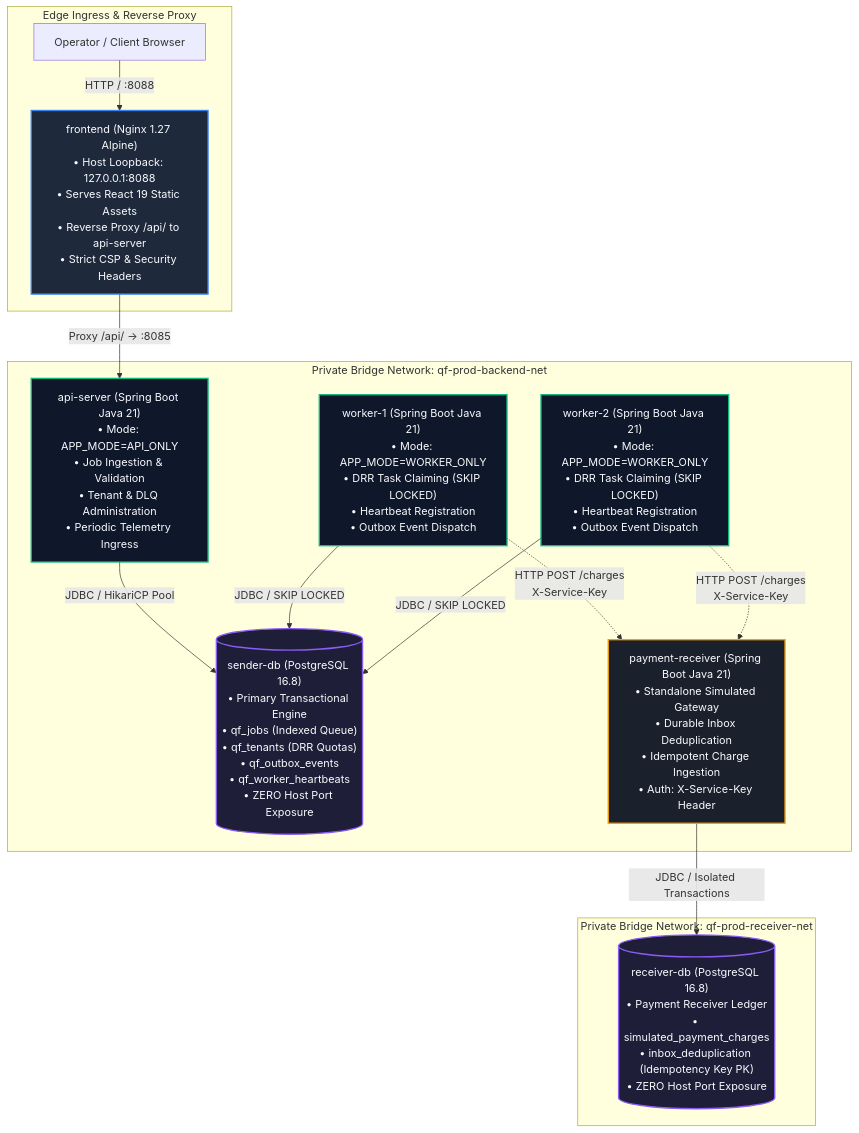
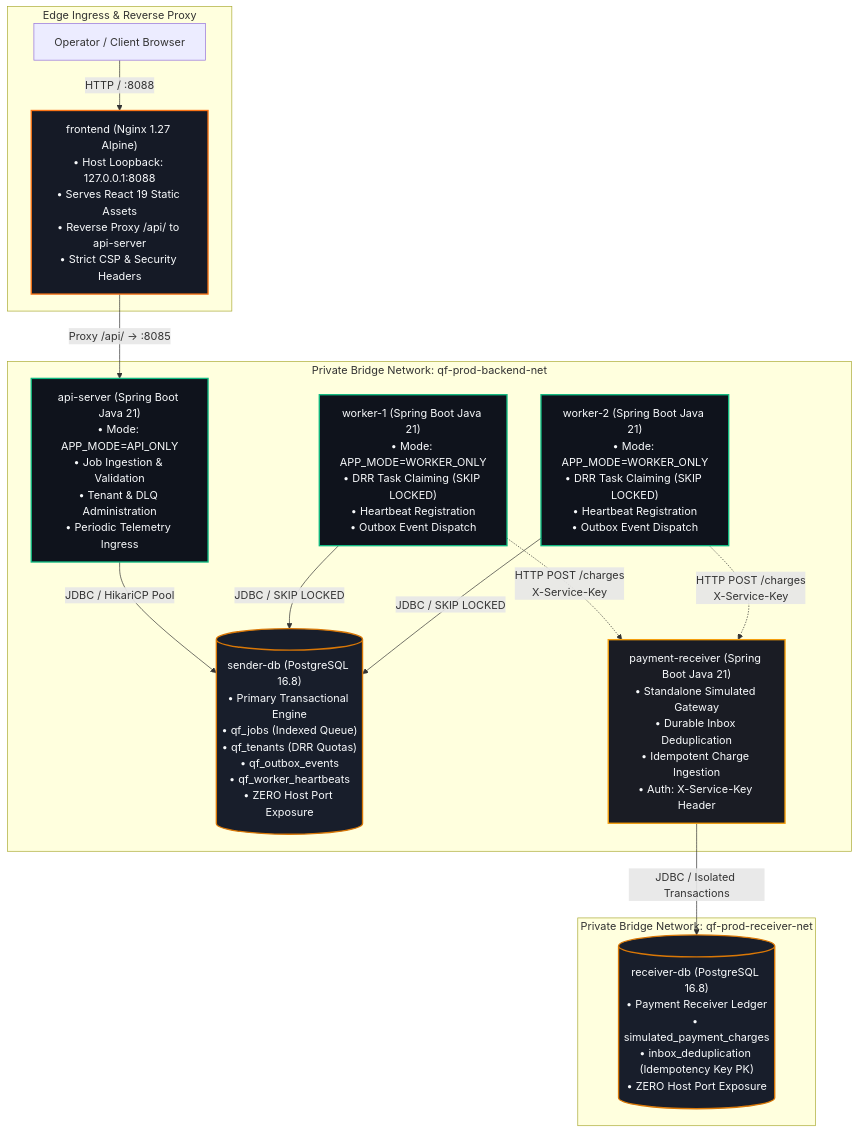
The first of 3 diagrams in README.md (saipranav22-commits/queueforge), drawn with Mermaid before and after one commit. The commit also changed other lines of this file and 27 other files, not shown here.

````diff
--- a/README.md
+++ b/README.md
@@ -83,42 +97,42 @@
 ```mermaid
 flowchart TD
     subgraph Ingress ["Edge Ingress & Reverse Proxy"]
         Operator["Operator / Client Browser"]
         NginxProxy["frontend (Nginx 1.27 Alpine)<br/>• Host Loopback: 127.0.0.1:8088<br/>• Serves React 19 Static Assets<br/>• Reverse Proxy /api/ to api-server<br/>• Strict CSP & Security Headers"]
         Operator -->|HTTP / :8088| NginxProxy
     end
 
     subgraph BackendNetwork ["Private Bridge Network: qf-prod-backend-net"]
         ApiServer["api-server (Spring Boot Java 21)<br/>• Mode: APP_MODE=API_ONLY<br/>• Job Ingestion & Validation<br/>• Tenant & DLQ Administration<br/>• Periodic Telemetry Ingress"]
         
         Worker1["worker-1 (Spring Boot Java 21)<br/>• Mode: APP_MODE=WORKER_ONLY<br/>• DRR Task Claiming (SKIP LOCKED)<br/>• Heartbeat Registration<br/>• Outbox Event Dispatch"]
         
         Worker2["worker-2 (Spring Boot Java 21)<br/>• Mode: APP_MODE=WORKER_ONLY<br/>• DRR Task Claiming (SKIP LOCKED)<br/>• Heartbeat Registration<br/>• Outbox Event Dispatch"]
 
         SenderDB[("sender-db (PostgreSQL 16.8)<br/>• Primary Transactional Engine<br/>• qf_jobs (Indexed Queue)<br/>• qf_tenants (DRR Quotas)<br/>• qf_outbox_events<br/>• qf_worker_heartbeats<br/>• ZERO Host Port Exposure")]
 
         PaymentReceiver["payment-receiver (Spring Boot Java 21)<br/>• Standalone Simulated Gateway<br/>• Durable Inbox Deduplication<br/>• Idempotent Charge Ingestion<br/>• Auth: X-Service-Key Header"]
     end
 
     subgraph ReceiverNetwork ["Private Bridge Network: qf-prod-receiver-net"]
         ReceiverDB[("receiver-db (PostgreSQL 16.8)<br/>• Payment Receiver Ledger<br/>• simulated_payment_charges<br/>• inbox_deduplication (Idempotency Key PK)<br/>• ZERO Host Port Exposure")]
     end
 
     NginxProxy -->|Proxy /api/ -> :8085| ApiServer
     ApiServer -->|JDBC / HikariCP Pool| SenderDB
     Worker1 -->|JDBC / SKIP LOCKED| SenderDB
     Worker2 -->|JDBC / SKIP LOCKED| SenderDB
     Worker1 -.->|HTTP POST /charges<br/>X-Service-Key| PaymentReceiver
     Worker2 -.->|HTTP POST /charges<br/>X-Service-Key| PaymentReceiver
     PaymentReceiver -->|JDBC / Isolated Transactions| ReceiverDB
 
-    classDef edge fill:#1e293b,stroke:#3b82f6,stroke-width:2px,color:#f8fafc;
-    classDef service fill:#0f172a,stroke:#10b981,stroke-width:2px,color:#f8fafc;
-    classDef storage fill:#1e1e38,stroke:#8b5cf6,stroke-width:2px,color:#f8fafc;
-    classDef receiver fill:#1a202c,stroke:#f59e0b,stroke-width:2px,color:#f8fafc;
+    classDef edge fill:#151a26,stroke:#f97316,stroke-width:2px,color:#f8fafc;
+    classDef service fill:#0f131c,stroke:#10b981,stroke-width:2px,color:#f8fafc;
+    classDef storage fill:#181e2b,stroke:#d97706,stroke-width:2px,color:#f8fafc;
+    classDef receiver fill:#1a1c24,stroke:#f59e0b,stroke-width:2px,color:#f8fafc;
 
     class NginxProxy edge;
     class ApiServer,Worker1,Worker2 service;
     class SenderDB,ReceiverDB storage;
     class PaymentReceiver receiver;
 ```
````
